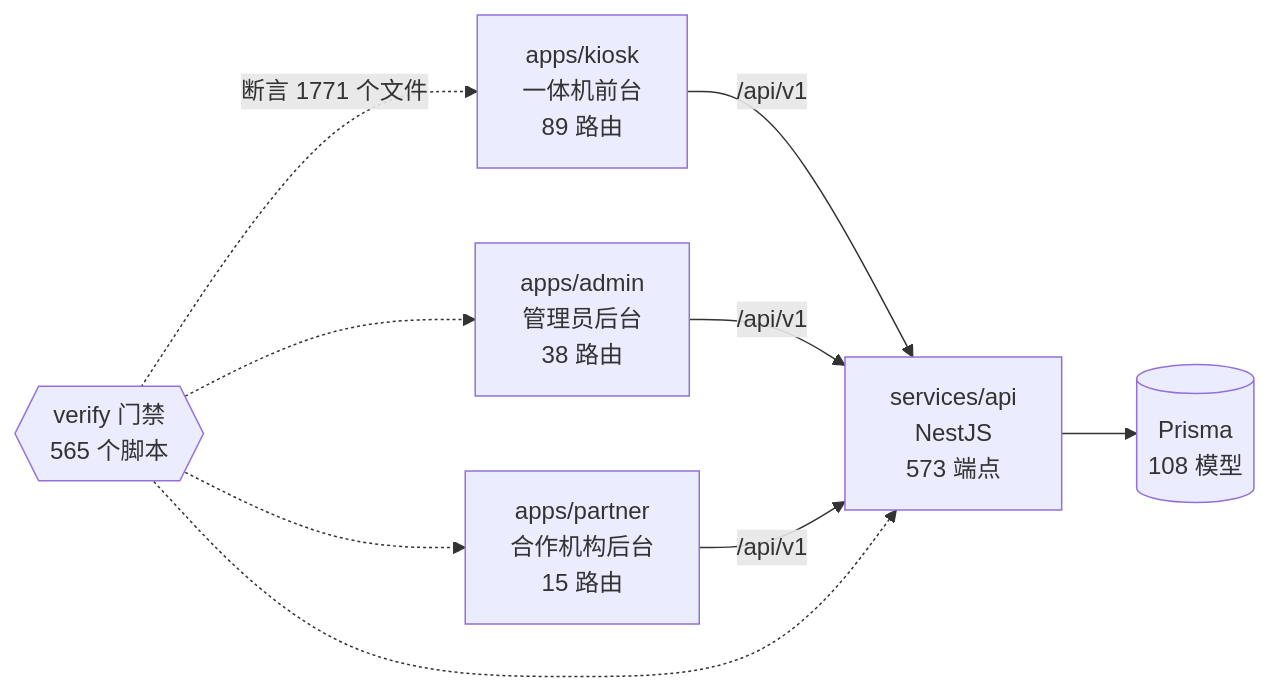
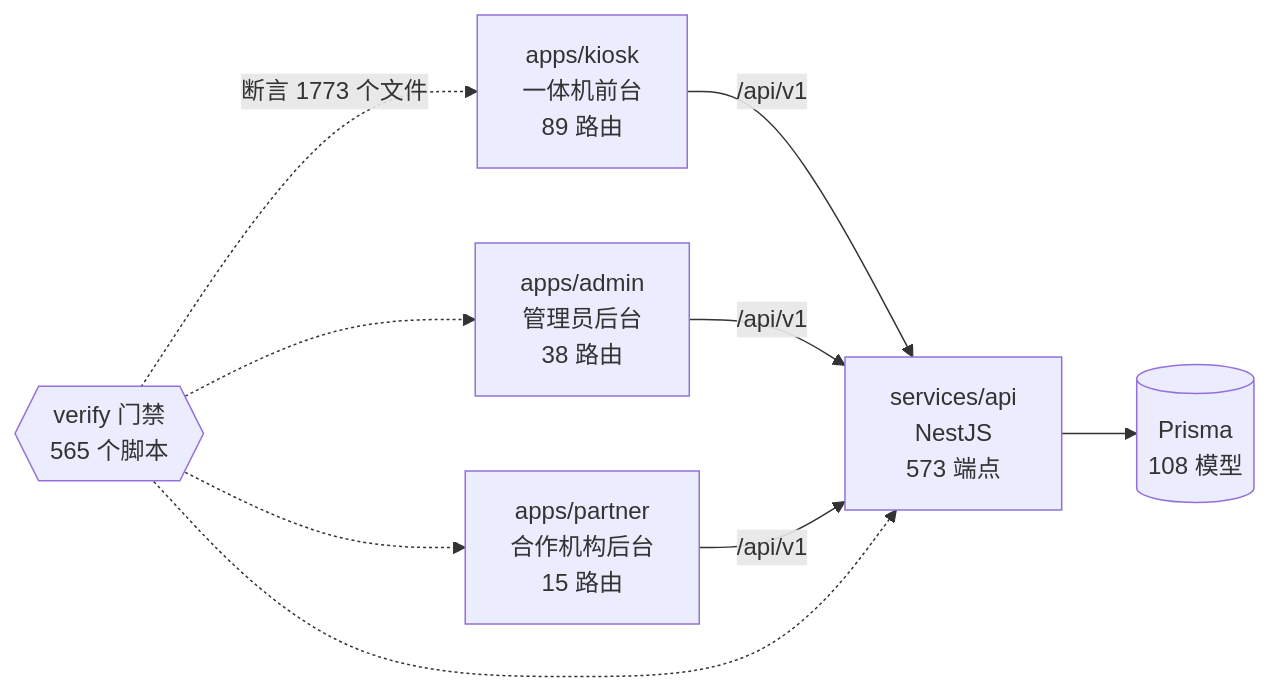
Before and after one commit to wanglei581/YITIJI: the diagram in docs/graph/README.md, drawn with Mermaid. The commit also changed other lines of this file and 8 other files, not shown here.

Commit message:
fix(resume): 免费口径四处残留同步 + D 批进度记录与图谱

````diff
--- a/docs/graph/README.md
+++ b/docs/graph/README.md
@@ -68,18 +68,18 @@
 ```mermaid
 flowchart LR
   kiosk["apps/kiosk<br/>一体机前台<br/>89 路由"]
   admin["apps/admin<br/>管理员后台<br/>38 路由"]
   partner["apps/partner<br/>合作机构后台<br/>15 路由"]
   api["services/api<br/>NestJS<br/>573 端点"]
   db[("Prisma<br/>108 模型")]
   gates{{"verify 门禁<br/>565 个脚本"}}
 
   kiosk -->|"/api/v1"| api
   admin -->|"/api/v1"| api
   partner -->|"/api/v1"| api
   api --> db
-  gates -.->|"断言 1771 个文件"| kiosk
+  gates -.->|"断言 1773 个文件"| kiosk
   gates -.-> admin
   gates -.-> partner
   gates -.-> api
 ```
````
